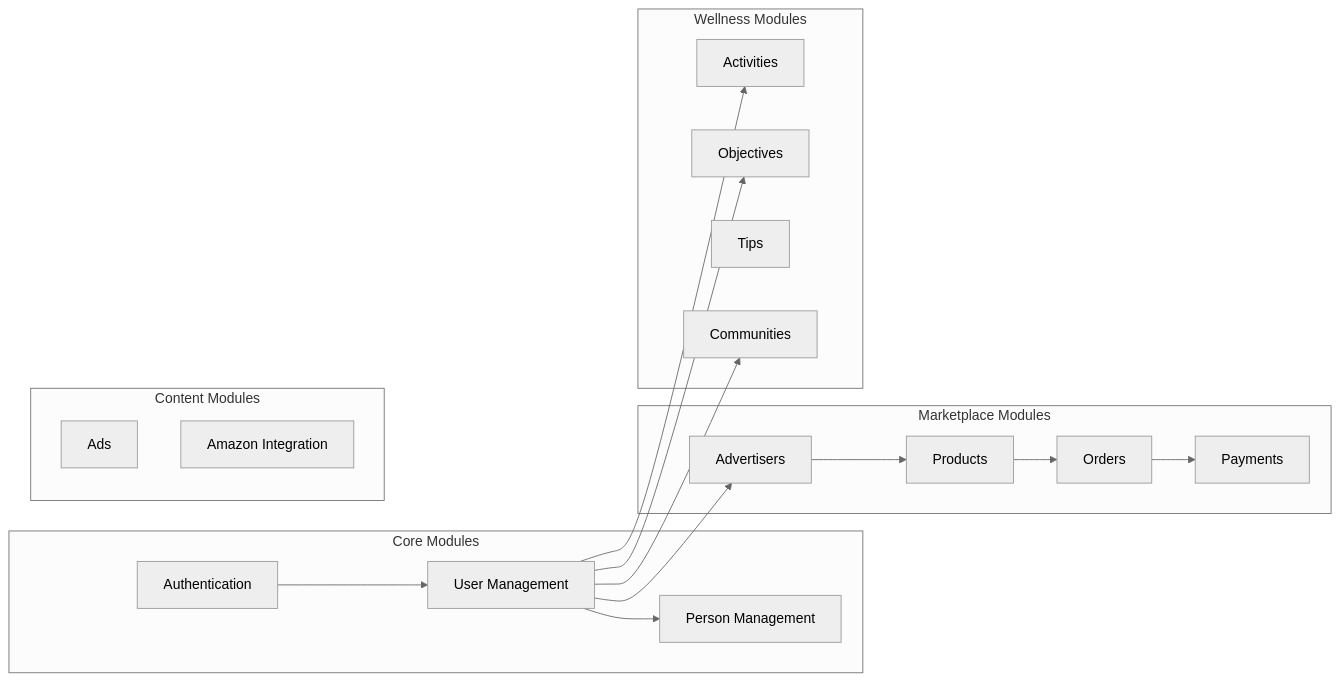
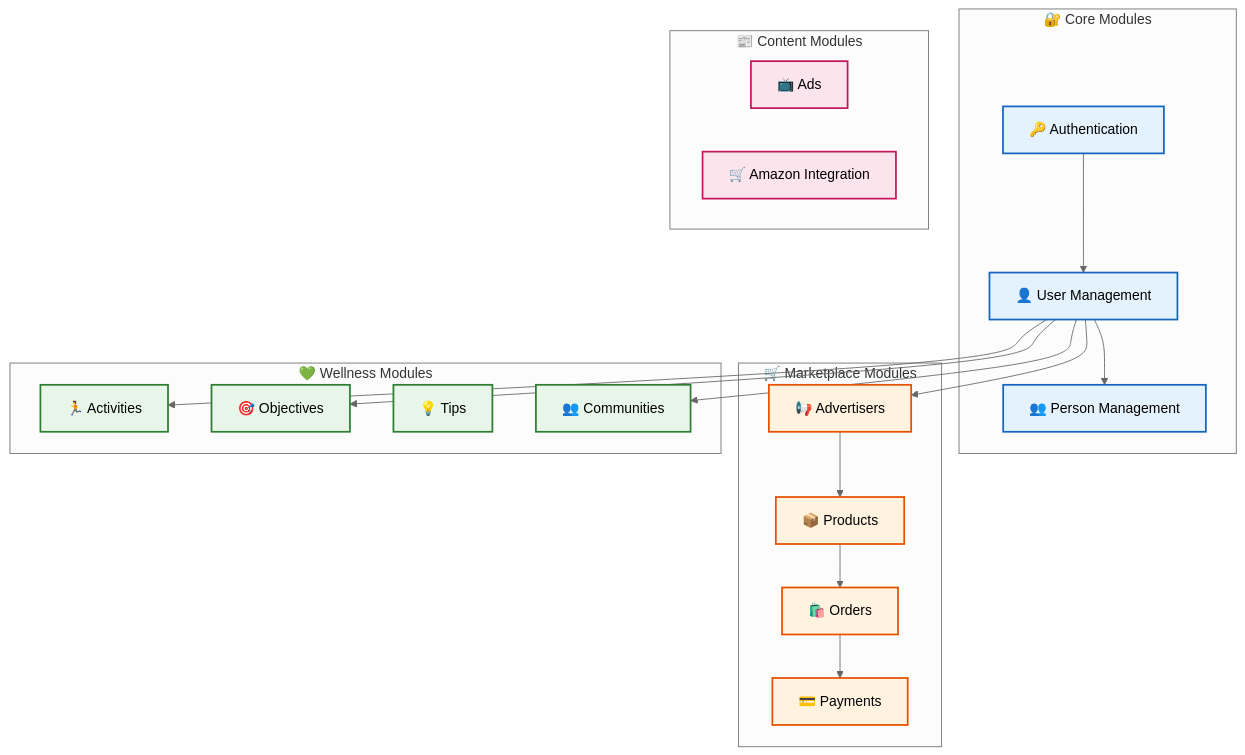
The fifth of 5 diagrams in docs/system-architecture.md (Mavimarmara/likeme-back-end), drawn with Mermaid (neutral theme) before and after one commit. The commit also changed other lines of this file, not shown here.

First line of the commit message:
Otimiza diagramas Mermaid para melhor visualização

````diff
--- a/docs/system-architecture.md
+++ b/docs/system-architecture.md
@@ -252,37 +278,47 @@
 ```mermaid
-graph LR
-    subgraph "Core Modules"
-        AUTH[Authentication]
-        USER[User Management]
-        PERSON[Person Management]
+graph TD
+    subgraph Core["🔐 Core Modules"]
+        AUTH["🔑 Authentication"]
+        USER["👤 User Management"]
+        PERSON["👥 Person Management"]
     end
     
-    subgraph "Marketplace Modules"
-        PRODUCT[Products]
-        ORDER[Orders]
-        PAYMENT[Payments]
-        ADVERTISER[Advertisers]
+    subgraph Marketplace["🛒 Marketplace Modules"]
+        PRODUCT["📦 Products"]
+        ORDER["🛍️ Orders"]
+        PAYMENT["💳 Payments"]
+        ADVERTISER["📢 Advertisers"]
     end
     
-    subgraph "Wellness Modules"
-        ACTIVITY[Activities]
-        OBJECTIVE[Objectives]
-        TIP[Tips]
-        COMMUNITY[Communities]
+    subgraph Wellness["💚 Wellness Modules"]
+        ACTIVITY["🏃 Activities"]
+        OBJECTIVE["🎯 Objectives"]
+        TIP["💡 Tips"]
+        COMMUNITY["👥 Communities"]
     end
     
-    subgraph "Content Modules"
-        AD[Ads]
-        AMAZON[Amazon Integration]
+    subgraph Content["📰 Content Modules"]
+        AD["📺 Ads"]
+        AMAZON["🛒 Amazon Integration"]
     end
     
     AUTH --> USER
     USER --> PERSON
     USER --> ADVERTISER
     ADVERTISER --> PRODUCT
     PRODUCT --> ORDER
     ORDER --> PAYMENT
     USER --> ACTIVITY
     USER --> OBJECTIVE
     USER --> COMMUNITY
+    
+    classDef core fill:#e3f2fd,stroke:#1565c0,stroke-width:2px
+    classDef marketplace fill:#fff3e0,stroke:#e65100,stroke-width:2px
+    classDef wellness fill:#e8f5e9,stroke:#2e7d32,stroke-width:2px
+    classDef content fill:#fce4ec,stroke:#c2185b,stroke-width:2px
+    
+    class AUTH,USER,PERSON core
+    class PRODUCT,ORDER,PAYMENT,ADVERTISER marketplace
+    class ACTIVITY,OBJECTIVE,TIP,COMMUNITY wellness
+    class AD,AMAZON content
 ```
````
